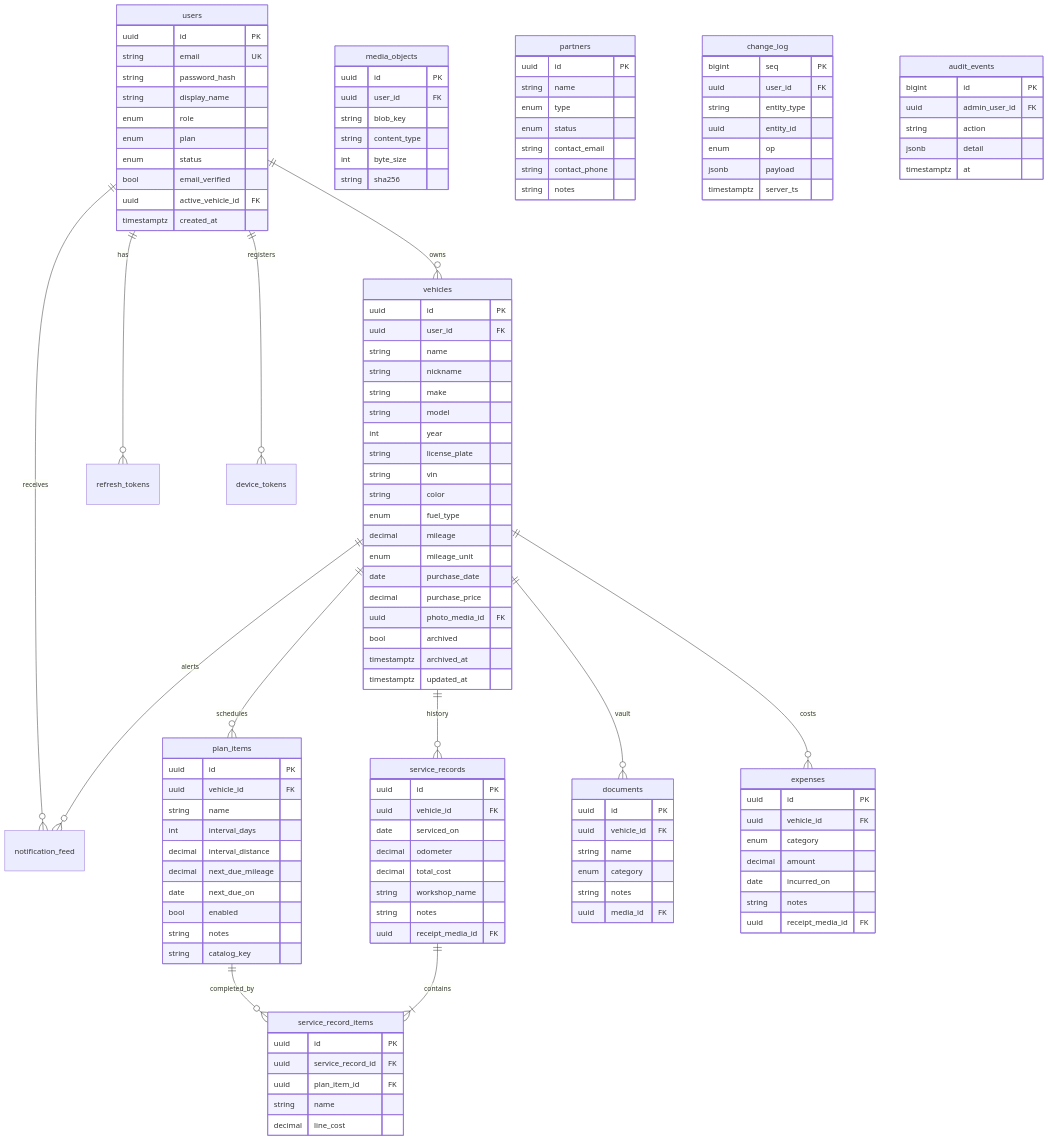
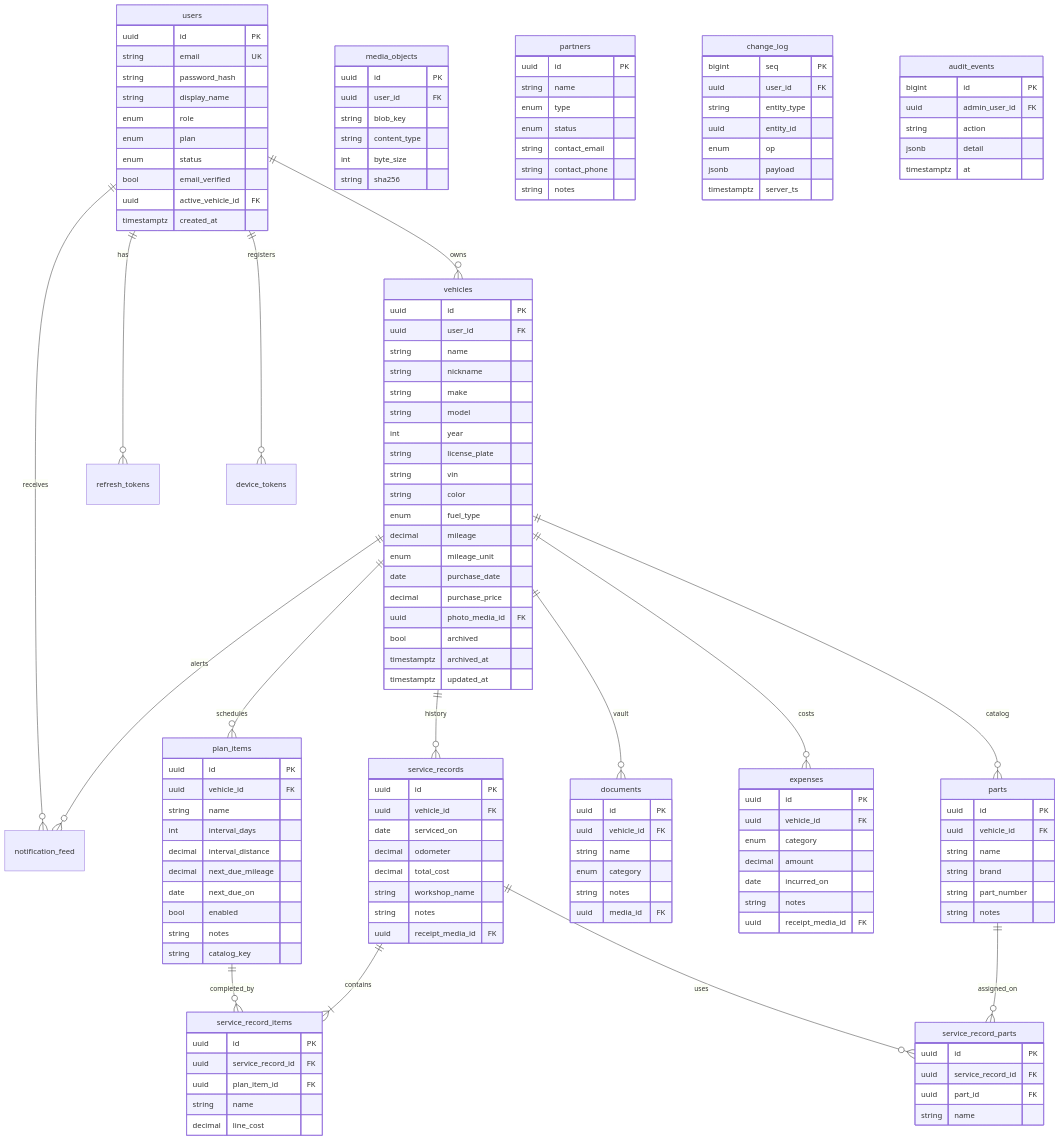
Before and after one commit to aungkyawphyoe/dco-platform: the diagram in architecture/data-model.md, drawn with Mermaid. The commit also changed other lines of this file and 31 other files, not shown here.

```diff
--- a/architecture/data-model.md
+++ b/architecture/data-model.md
@@ -32,6 +32,7 @@
   vehicles ||--o{ service_records : history
   vehicles ||--o{ documents : vault
   vehicles ||--o{ expenses : costs
+  vehicles ||--o{ parts : catalog
   vehicles ||--o{ notification_feed : alerts
   vehicles {
     uuid id PK
@@ -70,6 +71,8 @@
   }
 
   service_records ||--|{ service_record_items : contains
+  service_records ||--o{ service_record_parts : uses
+  parts ||--o{ service_record_parts : assigned_on
   service_records {
     uuid id PK
     uuid vehicle_id FK
@@ -87,6 +90,22 @@
     uuid plan_item_id FK
     string name
     decimal line_cost
+  }
+
+  parts {
+    uuid id PK
+    uuid vehicle_id FK
+    string name
+    string brand
+    string part_number
+    string notes
+  }
+
+  service_record_parts {
+    uuid id PK
+    uuid service_record_id FK
+    uuid part_id FK
+    string name
   }
 
   documents {
```
